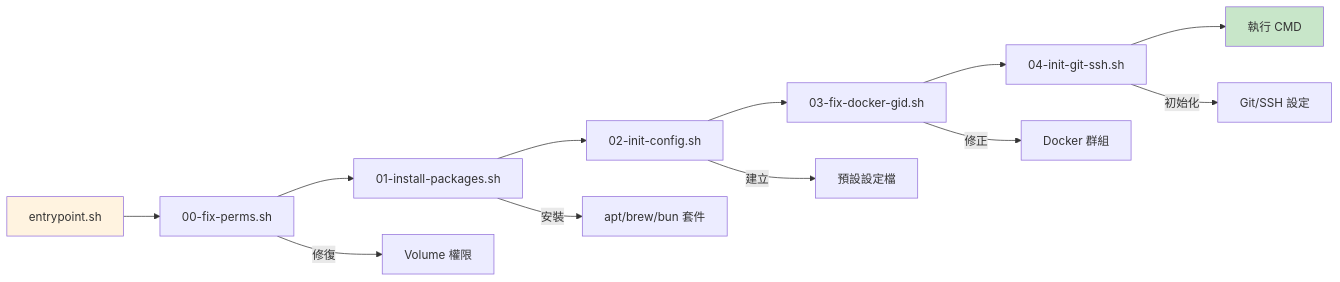
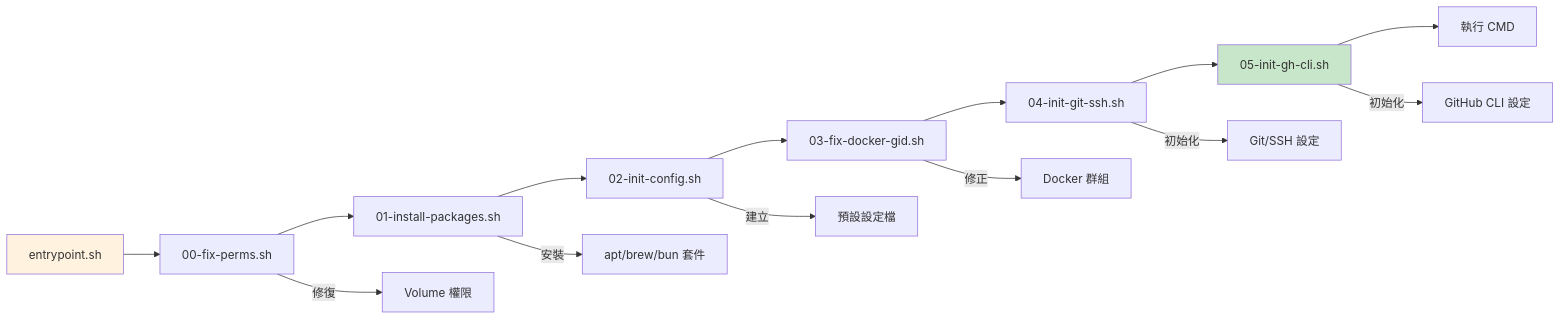
Diagram 11 of 12 in docs/ARCHITECTURE.md (tryweb/ai-engkit), drawn with Mermaid before and after one commit. The commit also changed other lines of this file and 4 other files, not shown here.

````diff
--- a/docs/ARCHITECTURE.md
+++ b/docs/ARCHITECTURE.md
@@ -385,18 +392,20 @@
 ```mermaid
 flowchart LR
     A["entrypoint.sh"] --> B["00-fix-perms.sh"]
     B --> C["01-install-packages.sh"]
     C --> D["02-init-config.sh"]
     D --> E["03-fix-docker-gid.sh"]
     E --> F["04-init-git-ssh.sh"]
-    F --> G["執行 CMD"]
+    F --> G["05-init-gh-cli.sh"]
+    G --> H["執行 CMD"]
     
     B -->|"修復"| PERMS["Volume 權限"]
     C -->|"安裝"| PKGS["apt/brew/bun 套件"]
     D -->|"建立"| CONFIGS["預設設定檔"]
     E -->|"修正"| DOCKER["Docker 群組"]
     F -->|"初始化"| GITSETUP["Git/SSH 設定"]
+    G -->|"初始化"| GH_SETUP["GitHub CLI 設定"]
 
     style A fill:#fff3e0
     style G fill:#c8e6c9
 ```
````
